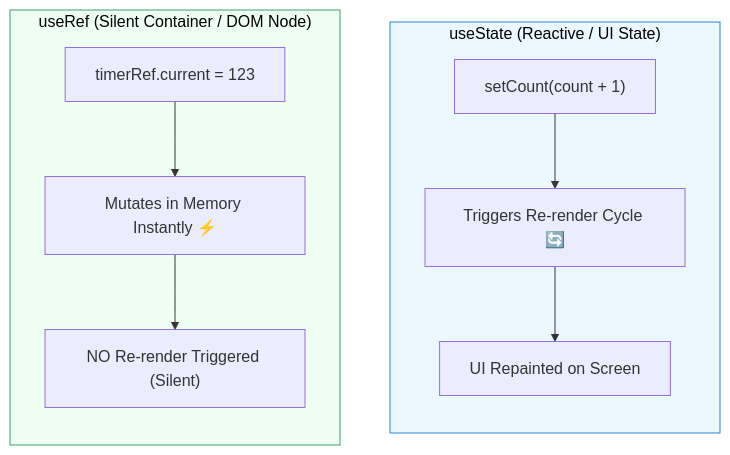
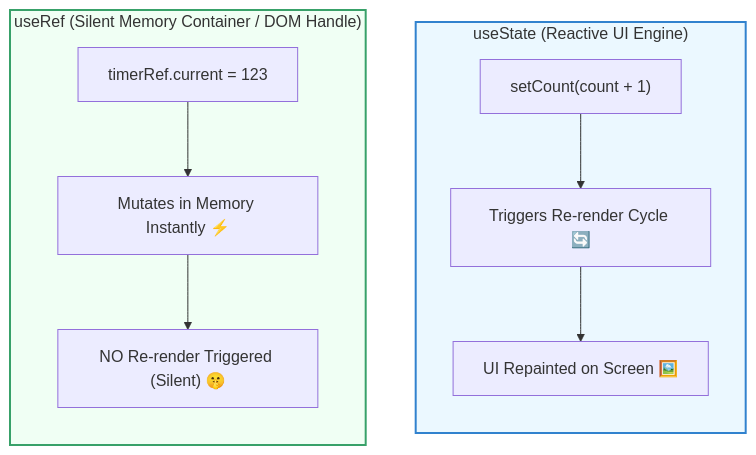
The diagram in src/courses/react/module-8-performance-patterns/03-useref-dom-actions.mdx (Ari-ICU/full-stack-short-coures), drawn with Mermaid before and after one commit. The commit also changed other lines of this file and 3 other files, not shown here.

````diff
--- a/src/courses/react/module-8-performance-patterns/03-useref-dom-actions.mdx
+++ b/src/courses/react/module-8-performance-patterns/03-useref-dom-actions.mdx
@@ -24,17 +50,17 @@
 ```mermaid
 flowchart TD
-    subgraph useStateModel["useState (Reactive / UI State)"]
+    subgraph useStateModel["useState (Reactive UI Engine)"]
         direction TB
         S1["setCount(count + 1)"] --> S2["Triggers Re-render Cycle 🔄"]
-        S2 --> S3["UI Repainted on Screen"]
+        S2 --> S3["UI Repainted on Screen 🖼️"]
     end
 
-    subgraph useRefModel["useRef (Silent Container / DOM Node)"]
+    subgraph useRefModel["useRef (Silent Memory Container / DOM Handle)"]
         direction TB
         R1["timerRef.current = 123"] --> R2["Mutates in Memory Instantly ⚡"]
-        R2 --> R3["NO Re-render Triggered (Silent)"]
+        R2 --> R3["NO Re-render Triggered (Silent) 🤫"]
     end
 
-    style useStateModel fill:#ebf8ff,stroke:#3182ce,color:#000
-    style useRefModel fill:#f0fff4,stroke:#38a169,color:#000
+    style useStateModel fill:#ebf8ff,stroke:#3182ce,stroke-width:2px
+    style useRefModel fill:#f0fff4,stroke:#38a169,stroke-width:2px
 ```
````
